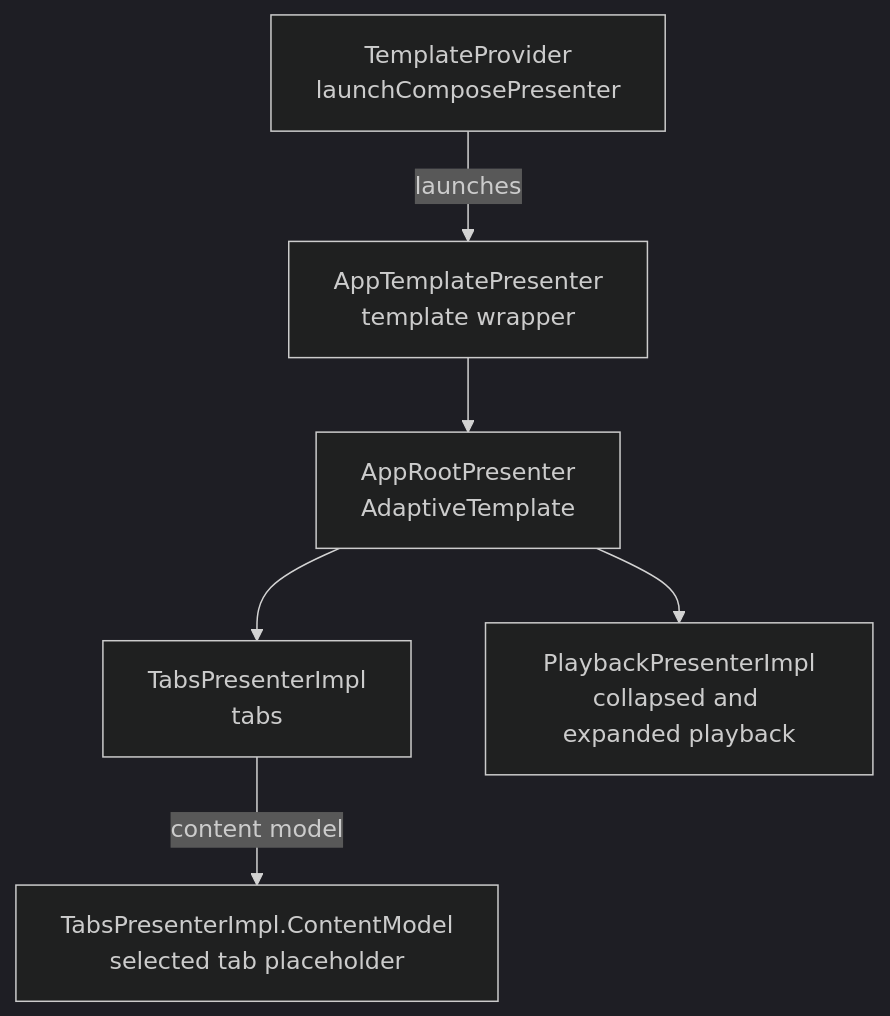
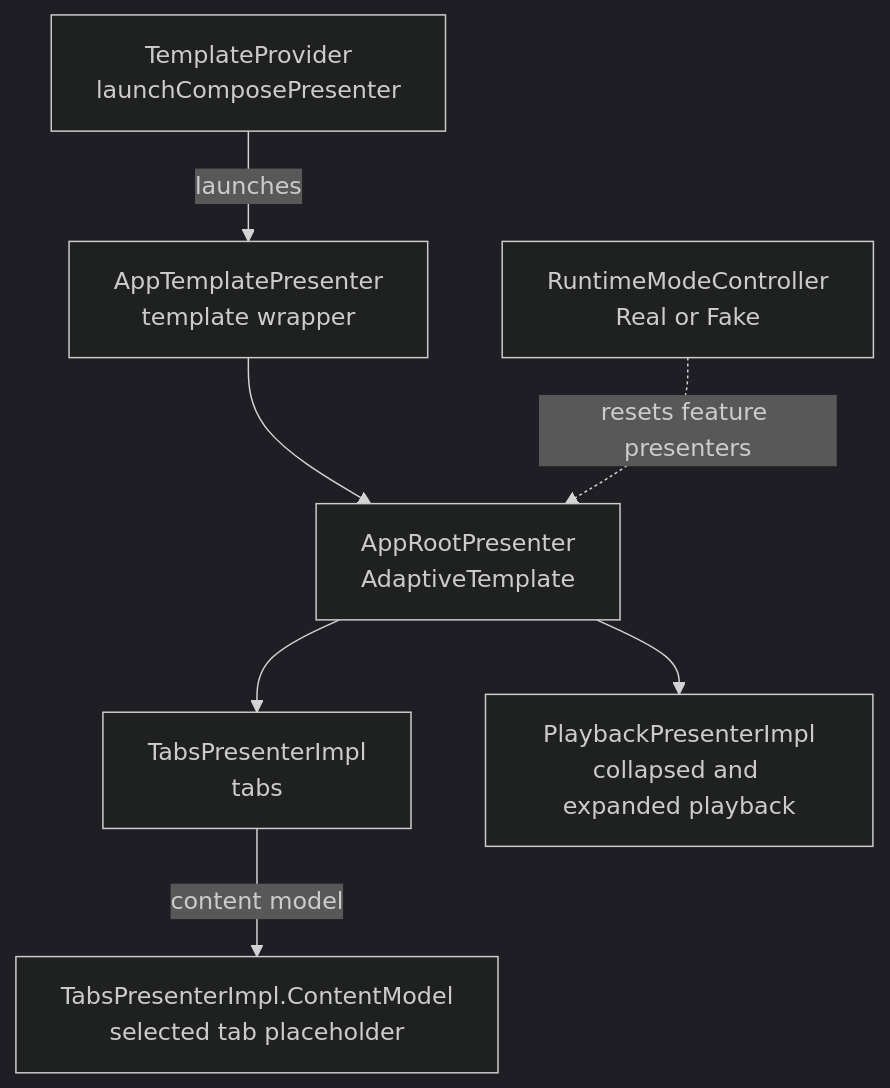
One commit to vRallev/storymile changed the diagram in docs/presenter-hierarchy.md. Above: the diagram before and after it, drawn with Mermaid (dark theme). The commit also changed other lines of this file and 24 other files, not shown here.

First line of the commit message:
Add shared fake-mode infrastructure

````diff
--- a/docs/presenter-hierarchy.md
+++ b/docs/presenter-hierarchy.md
@@ -8,15 +8,17 @@
 ```mermaid
 flowchart TD
   TemplateProvider["TemplateProvider\nlaunchComposePresenter"]
   AppTemplatePresenter["AppTemplatePresenter\ntemplate wrapper"]
   AppRootPresenter["AppRootPresenter\nAdaptiveTemplate"]
   TabContent["TabsPresenterImpl.ContentModel\nselected tab placeholder"]
   TabsPresenter["TabsPresenterImpl\ntabs"]
   PlaybackPresenter["PlaybackPresenterImpl\ncollapsed and expanded playback"]
+  RuntimeMode["RuntimeModeController\nReal or Fake"]
 
   TemplateProvider -->|launches| AppTemplatePresenter
   AppTemplatePresenter --> AppRootPresenter
+  RuntimeMode -.->|resets feature presenters| AppRootPresenter
   AppRootPresenter --> TabsPresenter
   TabsPresenter -->|content model| TabContent
   AppRootPresenter --> PlaybackPresenter
 ```
````
